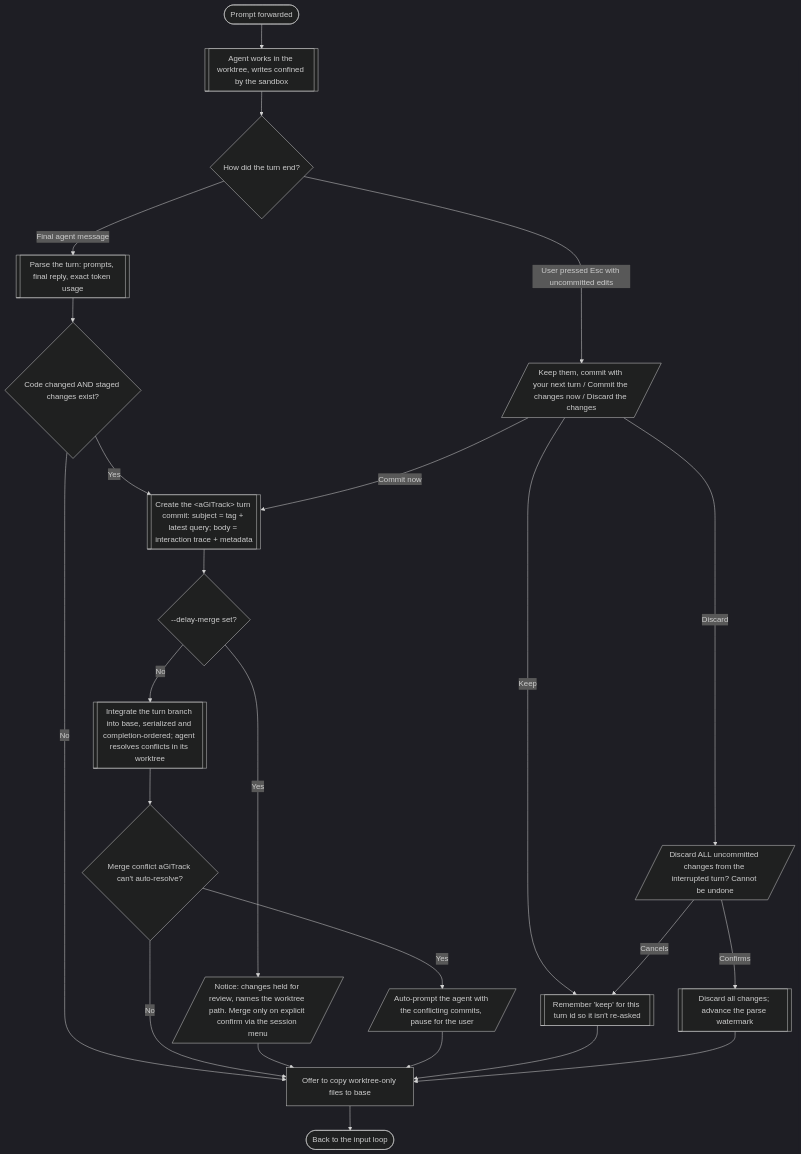
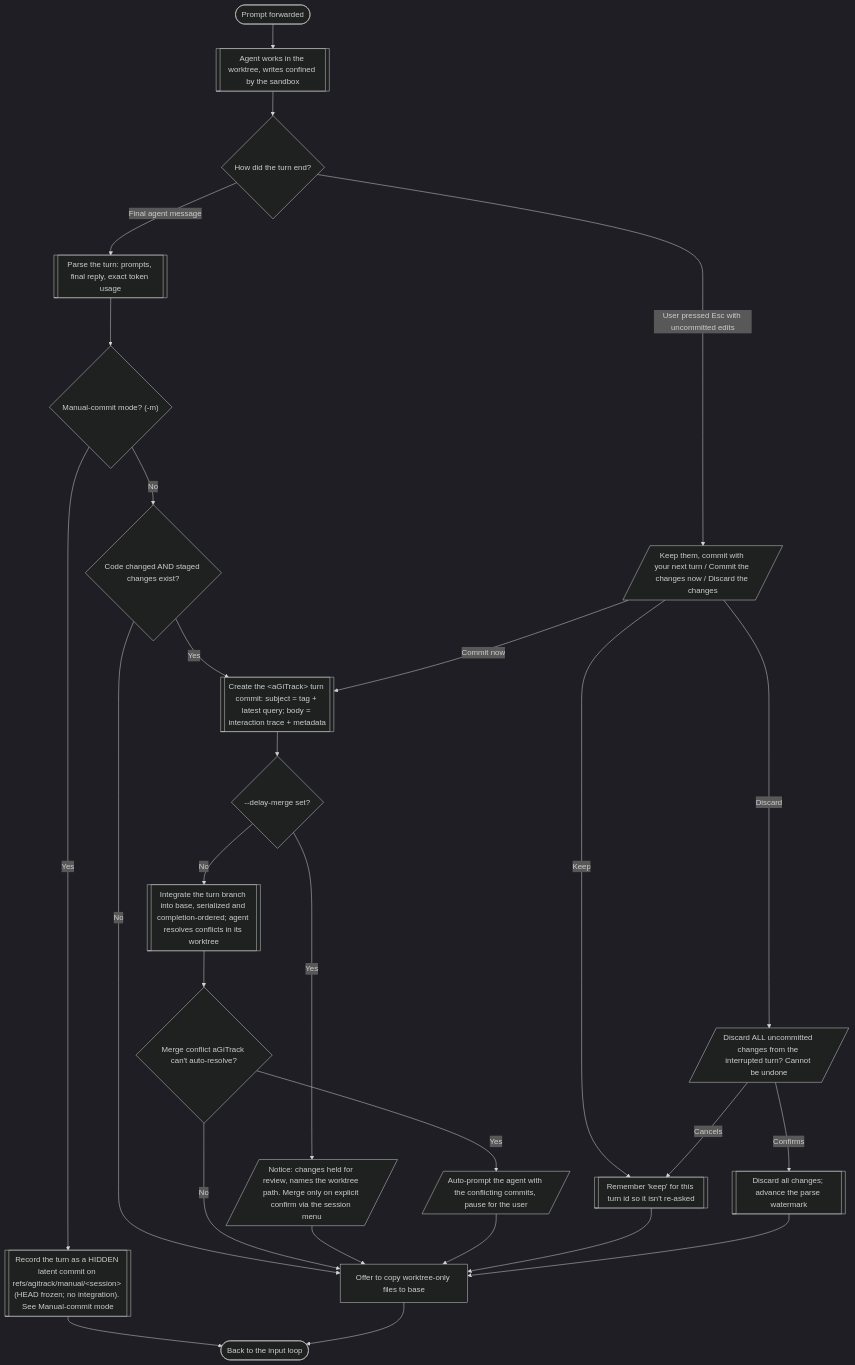
The seventh of 16 diagrams in docs/user-flow.md (core-aix/agitrack), drawn with Mermaid (dark theme) before and after one commit. The commit also changed other lines of this file and 6 other files, not shown here.

````diff
--- a/docs/user-flow.md
+++ b/docs/user-flow.md
@@ -177,29 +231,32 @@
 ```mermaid
 flowchart TD
   go(["Prompt forwarded"]) --> run[["Agent works in the worktree, writes confined by the sandbox"]]
   run --> endq{"How did the turn end?"}
 
   endq -->|Final agent message| parse[["Parse the turn: prompts, final reply, exact token usage"]]
-  parse --> changed{"Code changed AND staged changes exist?"}
+  parse --> mmode{"Manual-commit mode? (-m)"}
+  mmode -->|Yes| mlatent[["Record the turn as a HIDDEN latent commit on refs/agitrack/manual/&lt;session&gt; (HEAD frozen; no integration). See Manual-commit mode"]]
+  mlatent --> back
+  mmode -->|No| changed{"Code changed AND staged changes exist?"}
   changed -->|Yes| acommit[["Create the &lt;aGiTrack&gt; turn commit: subject = tag + latest query; body = interaction trace + metadata"]]
   changed -->|No| copy
   acommit --> delay{"--delay-merge set?"}
   delay -->|No| integ[["Integrate the turn branch into base, serialized and completion-ordered; agent resolves conflicts in its worktree"]]
   delay -->|Yes| hold[/"Notice: changes held for review, names the worktree path. Merge only on explicit confirm via the session menu"/]
   integ --> conflict{"Merge conflict aGiTrack can't auto-resolve?"}
   conflict -->|Yes| cprompt[/"Auto-prompt the agent with the conflicting commits, pause for the user"/]
   conflict -->|No| copy
   hold --> copy
   cprompt --> copy
 
   endq -->|User pressed Esc with uncommitted edits| cancel[/"Keep them, commit with your next turn / Commit the changes now / Discard the changes"/]
   cancel -->|Keep| keep[["Remember 'keep' for this turn id so it isn't re-asked"]]
   cancel -->|Commit now| acommit
   cancel -->|Discard| dconf[/"Discard ALL uncommitted changes from the interrupted turn? Cannot be undone"/]
   dconf -->|Confirms| discard[["Discard all changes; advance the parse watermark"]]
   dconf -->|Cancels| keep
   keep --> copy
   discard --> copy
 
   copy["Offer to copy worktree-only files to base"] --> back(["Back to the input loop"])
 ```
````
